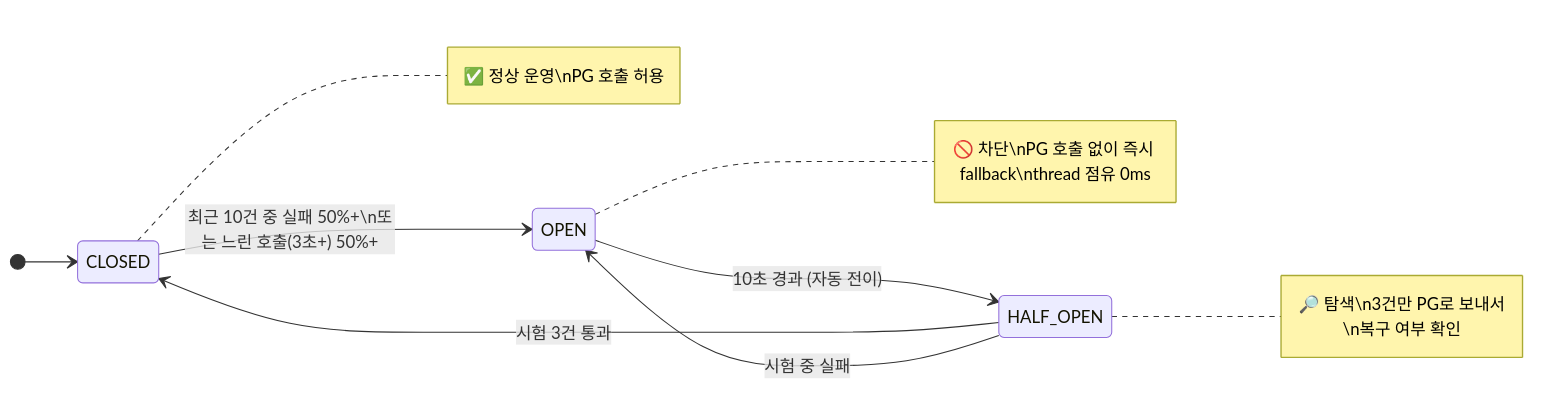
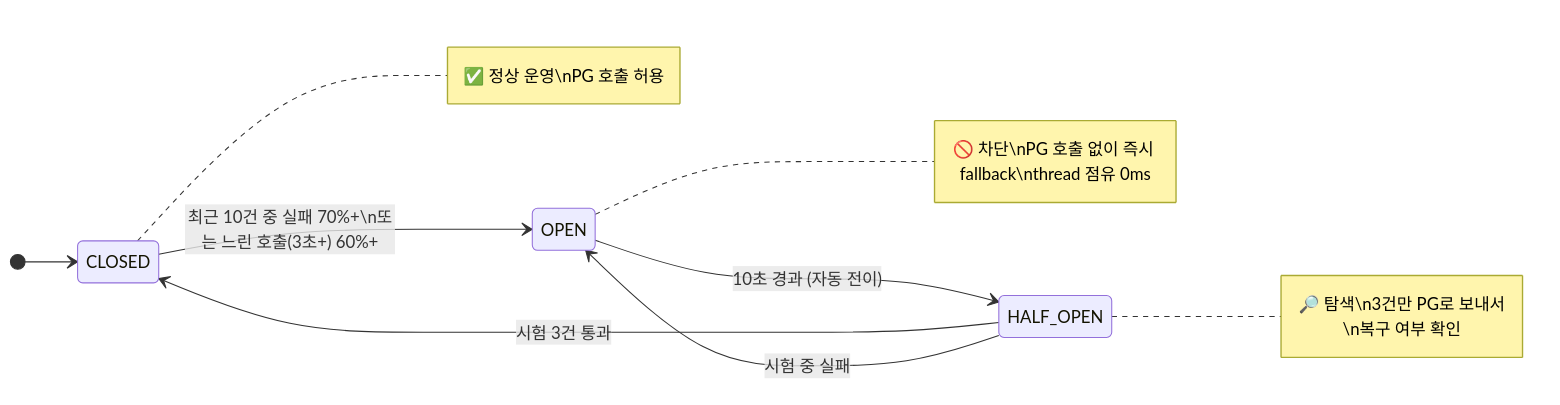
One commit to hyungkishin/hyungkishin.github.io changed the fifth of 10 diagrams in contents/posts/roopers/technical-writing/round6/index.md. Above: the diagram before and after it, drawn with Mermaid. The commit also changed other lines of this file, not shown here.

````diff
--- a/contents/posts/roopers/technical-writing/round6/index.md
+++ b/contents/posts/roopers/technical-writing/round6/index.md
@@ -221,14 +221,14 @@
 ```mermaid
 stateDiagram-v2
     direction LR
     [*] --> CLOSED
 
-    CLOSED --> OPEN: 최근 10건 중 실패 50%+\n또는 느린 호출(3초+) 50%+
+    CLOSED --> OPEN: 최근 10건 중 실패 70%+\n또는 느린 호출(3초+) 60%+
     OPEN --> HALF_OPEN: 10초 경과 (자동 전이)
     HALF_OPEN --> CLOSED: 시험 3건 통과
     HALF_OPEN --> OPEN: 시험 중 실패
 
     note right of CLOSED: ✅ 정상 운영\nPG 호출 허용
     note right of OPEN: 🚫 차단\nPG 호출 없이 즉시 fallback\nthread 점유 0ms
     note right of HALF_OPEN: 🔎 탐색\n3건만 PG로 보내서\n복구 여부 확인
 ```
````
